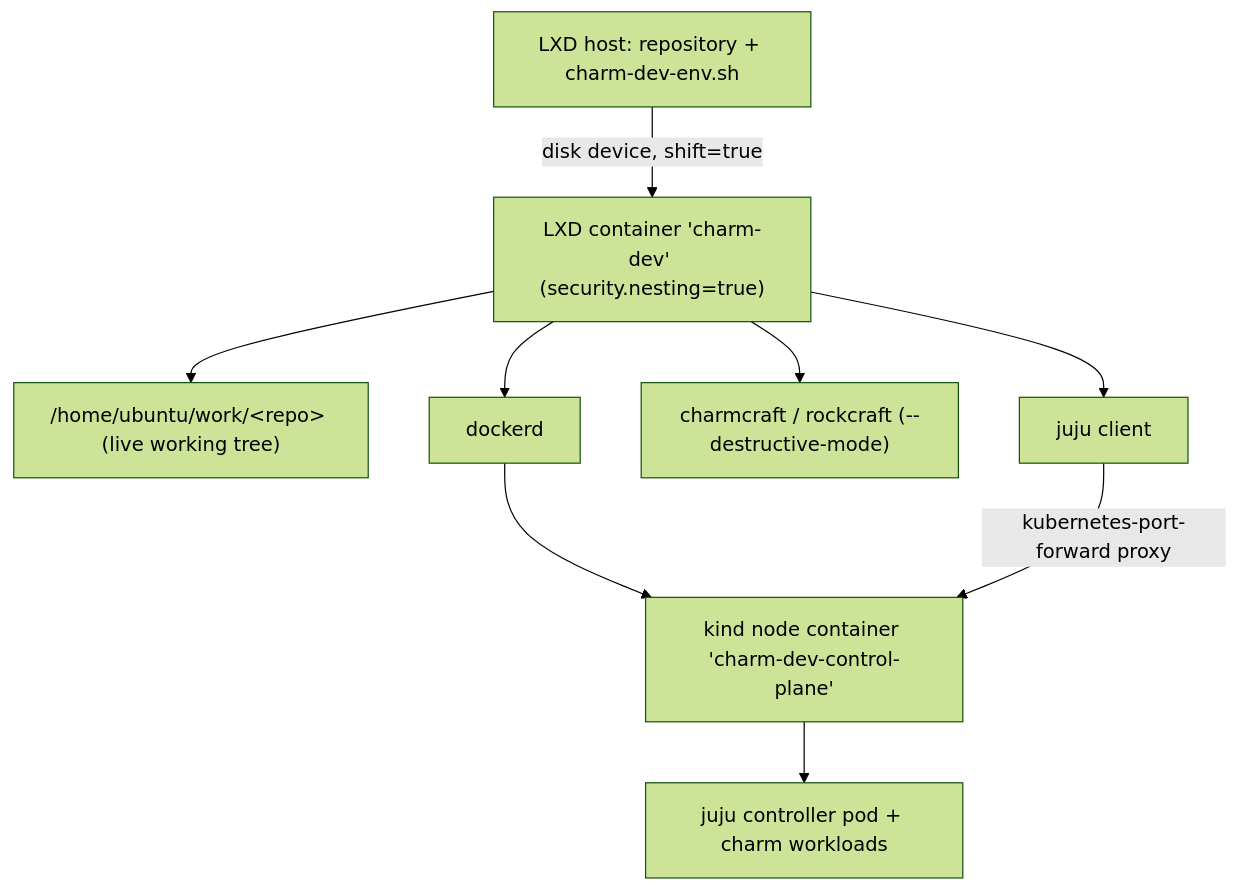
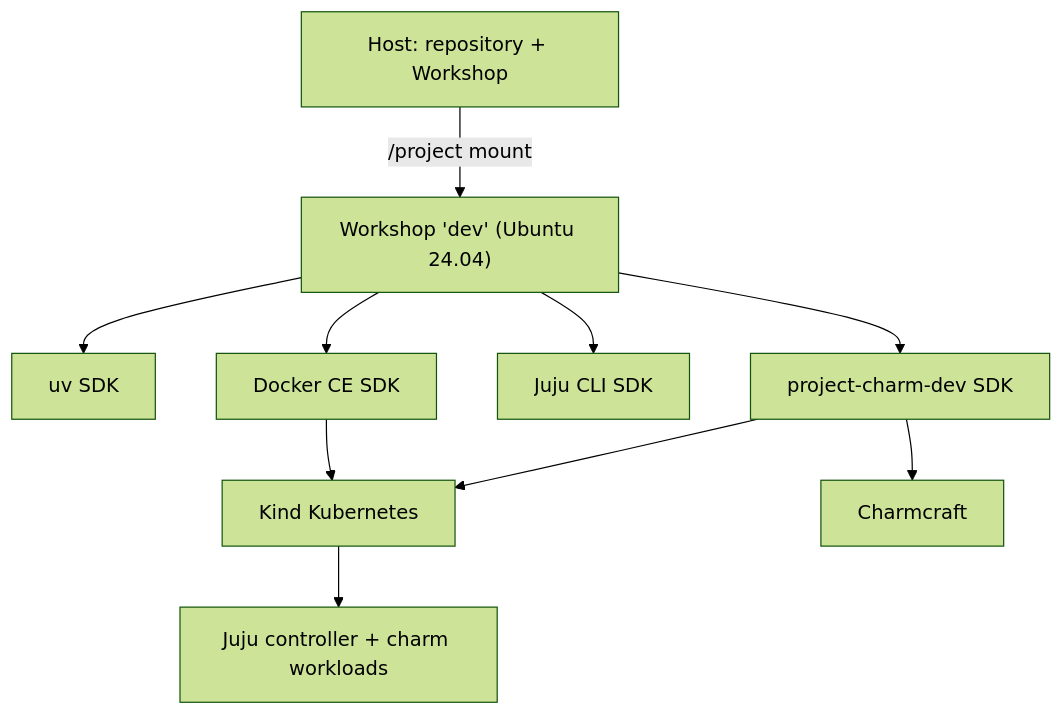
Before and after one commit to canonical/verdaccio-k8s-operator: the diagram in docs/tools/dev-environment.md, drawn with Mermaid (forest theme). The commit also changed other lines of this file and 12 other files, not shown here.

First line of the commit message:
feat(dev-env): migrate development to Workshop

````diff
--- a/docs/tools/dev-environment.md
+++ b/docs/tools/dev-environment.md
@@ -11,12 +8,13 @@
 ```mermaid
 graph TD
-  H["LXD host: repository + charm-dev-env.sh"]
-  H -->|disk device, shift=true| C["LXD container 'charm-dev' (security.nesting=true)"]
-  C --> M["/home/ubuntu/work/&lt;repo&gt; (live working tree)"]
-  C --> D[dockerd]
-  C --> T["charmcraft / rockcraft (--destructive-mode)"]
-  C --> J[juju client]
-  D --> K["kind node container 'charm-dev-control-plane'"]
-  K --> P[juju controller pod + charm workloads]
-  J -->|kubernetes-port-forward proxy| K
+  H["Host: repository + Workshop"]
+  H -->|/project mount| W["Workshop 'dev' (Ubuntu 24.04)"]
+  W --> U["uv SDK"]
+  W --> D["Docker CE SDK"]
+  W --> J["Juju CLI SDK"]
+  W --> C["project-charm-dev SDK"]
+  C --> K["Kind Kubernetes"]
+  C --> T["Charmcraft"]
+  D --> K
+  K --> P["Juju controller + charm workloads"]
 ```
````
